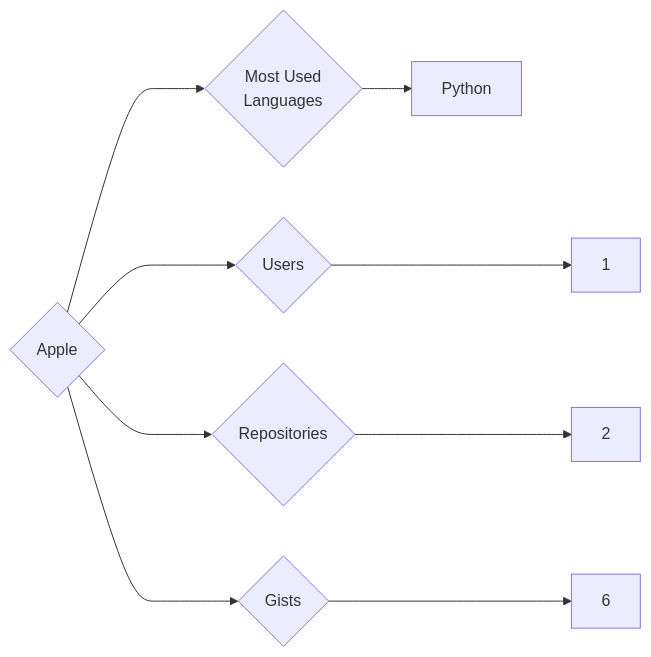
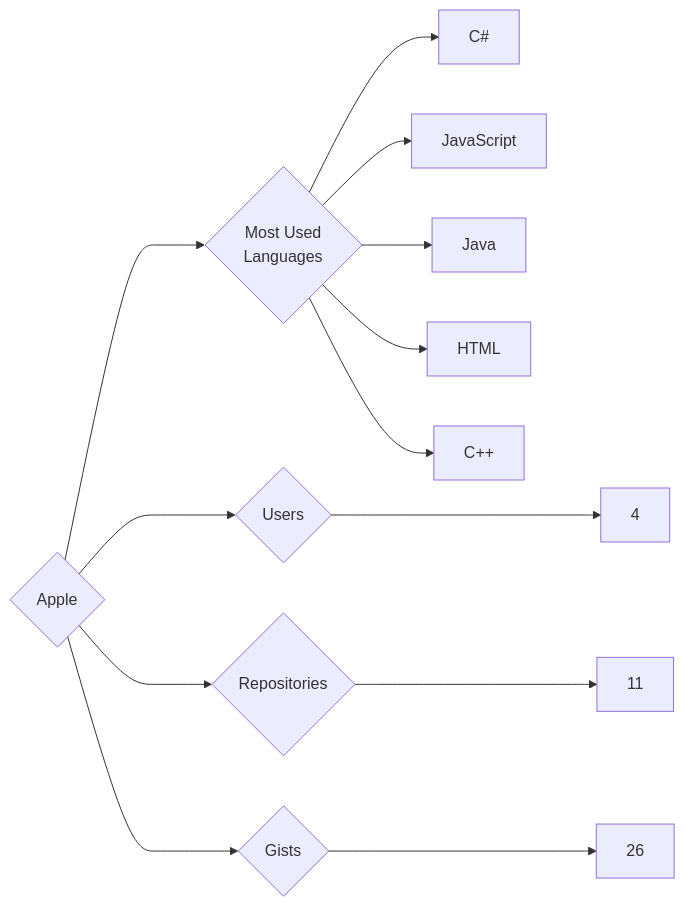
Before and after one commit to trickest/insiders: the diagram in targets/Apple/README.md, drawn with Mermaid. The commit also changed 1175 other files, not shown here.

````diff
--- a/targets/Apple/README.md
+++ b/targets/Apple/README.md
@@ -3,9 +3,13 @@
 ```mermaid
 graph LR
 COMPANY_NAME{Apple}
-COMPANY_NAME ---> U{Users} ---> UN[1]
-COMPANY_NAME ---> R{Repositories} ---> RN[2]
-COMPANY_NAME ---> G{Gists} ---> GN[6]
+COMPANY_NAME ---> U{Users} ---> UN[4]
+COMPANY_NAME ---> R{Repositories} ---> RN[11]
+COMPANY_NAME ---> G{Gists} ---> GN[26]
 COMPANY_NAME ---> ML{Most Used<br>Languages}
-ML --> Python[Python]
+ML --> C#[C#]
+ML --> JavaScript[JavaScript]
+ML --> Java[Java]
+ML --> HTML[HTML]
+ML --> C++[C++]
 ```
````
